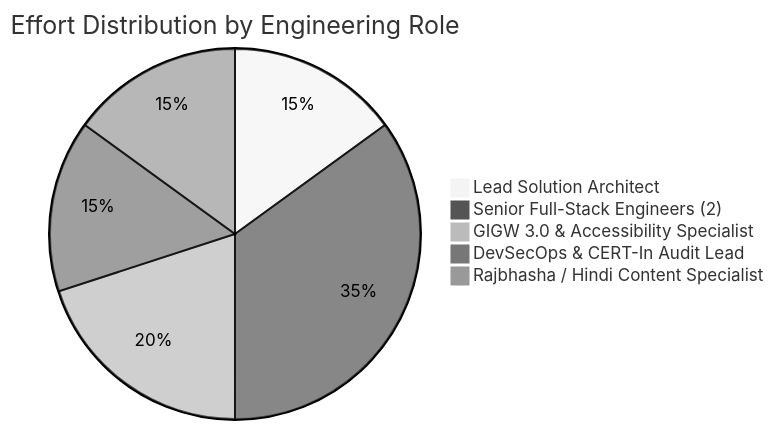
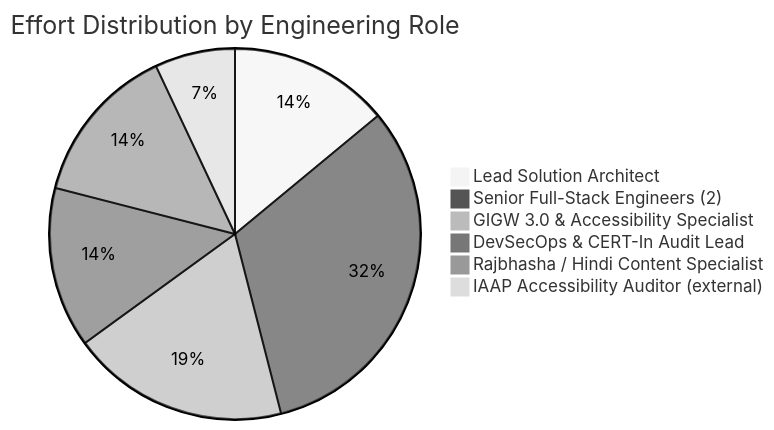
The fourth of 5 diagrams in documents/ISRO_ISTRAC_COMPLIANCE_EVALUATION_REPORT.md (akash-vishwakarma-akashaveda/istrac-fms), drawn with Mermaid (neutral theme) before and after one commit. The commit also changed other lines of this file and 15 other files, not shown here.

````diff
--- a/documents/ISRO_ISTRAC_COMPLIANCE_EVALUATION_REPORT.md
+++ b/documents/ISRO_ISTRAC_COMPLIANCE_EVALUATION_REPORT.md
@@ -164,8 +197,9 @@
 ```mermaid
 pie title Effort Distribution by Engineering Role
-    "Lead Solution Architect" : 15
-    "Senior Full-Stack Engineers (2)" : 35
-    "GIGW 3.0 & Accessibility Specialist" : 20
-    "DevSecOps & CERT-In Audit Lead" : 15
-    "Rajbhasha / Hindi Content Specialist" : 15
+    "Lead Solution Architect" : 14
+    "Senior Full-Stack Engineers (2)" : 32
+    "GIGW 3.0 & Accessibility Specialist" : 19
+    "DevSecOps & CERT-In Audit Lead" : 14
+    "Rajbhasha / Hindi Content Specialist" : 14
+    "IAAP Accessibility Auditor (external)" : 7
 ```
````
